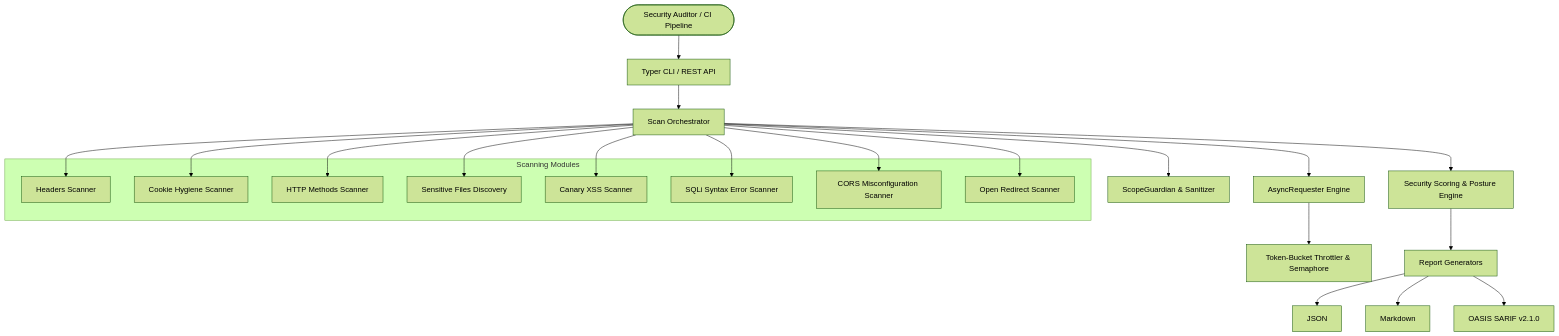
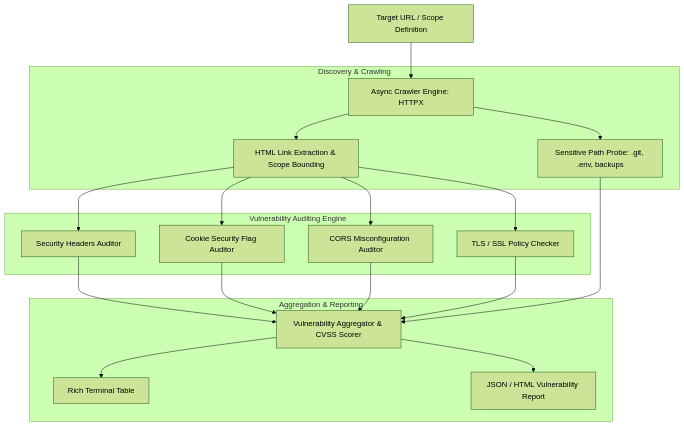
The diagram in README.md (Krish9800/web-security-scanner), drawn with Mermaid (forest theme) before and after one commit. The commit also changed other lines of this file, not shown here.

Commit message:
docs: comprehensive technical README refresh and architecture documentation

````diff
--- a/README.md
+++ b/README.md
@@ -16,34 +23,27 @@
 ```mermaid
 flowchart TD
-    User([Security Auditor / CI Pipeline]) --> CLI[Typer CLI / REST API]
-    CLI --> Engine[Scan Orchestrator]
-    Engine --> Scope[ScopeGuardian & Sanitizer]
-    Engine --> Requester[AsyncRequester Engine]
-    Requester --> Throttler[Token-Bucket Throttler & Semaphore]
-    
-    subgraph "Scanning Modules"
-        Hdr[Headers Scanner]
-        Cookie[Cookie Hygiene Scanner]
-        Methods[HTTP Methods Scanner]
-        Files[Sensitive Files Discovery]
-        XSS[Canary XSS Scanner]
-        SQLi[SQLi Syntax Error Scanner]
-        CORS[CORS Misconfiguration Scanner]
-        Redir[Open Redirect Scanner]
+    Target[Target URL / Scope Definition] --> Engine[Async Crawler Engine: HTTPX]
+
+    subgraph Discovery & Crawling
+        Engine --> Spider[HTML Link Extraction & Scope Bounding]
+        Engine --> PathProbe[Sensitive Path Probe: .git, .env, backups]
     end
-    
-    Engine --> Hdr
-    Engine --> Cookie
-    Engine --> Methods
-    Engine --> Files
-    Engine --> XSS
-    Engine --> SQLi
-    Engine --> CORS
-    Engine --> Redir
 
-    Engine --> Scorer[Security Scoring & Posture Engine]
-    Scorer --> Reports[Report Generators]
-    Reports --> JSONOut[JSON]
-    Reports --> MDOut[Markdown]
-    Reports --> SARIFOut[OASIS SARIF v2.1.0]
+    subgraph Vulnerability Auditing Engine
+        Spider --> HeaderScanner[Security Headers Auditor]
+        Spider --> CookieScanner[Cookie Security Flag Auditor]
+        Spider --> CorsScanner[CORS Misconfiguration Auditor]
+        Spider --> TLSScanner[TLS / SSL Policy Checker]
+    end
+
+    subgraph Aggregation & Reporting
+        HeaderScanner --> Aggregator[Vulnerability Aggregator & CVSS Scorer]
+        CookieScanner --> Aggregator
+        CorsScanner --> Aggregator
+        PathProbe --> Aggregator
+        TLSScanner --> Aggregator
+
+        Aggregator --> RichOutput[Rich Terminal Table]
+        Aggregator --> JSONOutput[JSON / HTML Vulnerability Report]
+    end
 ```
````
